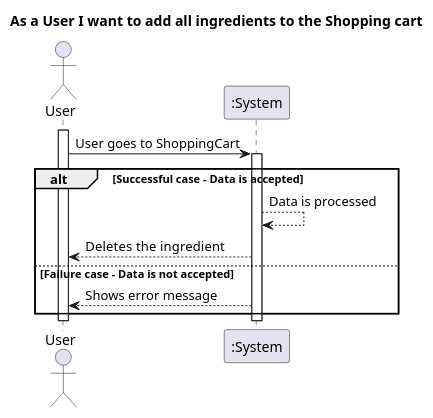
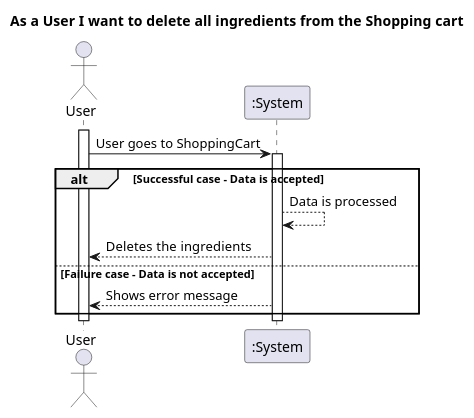
Before and after one commit to IsepMartimOliveira/DSSMV_ProjectDroid_1181754: the diagram in Documents/US/US08/SSD.puml, drawn with PlantUML. The commit also changed 3 other files, not shown here.

```diff
--- a/Documents/US/US08/SSD.puml
+++ b/Documents/US/US08/SSD.puml
@@ -1,18 +1,18 @@
 @startuml
 actor User as MD
-title As a User I want to add all ingredients to the Shopping cart
+title As a User I want to delete all ingredients from  the Shopping cart
 activate MD
 
 MD -> ":System" : User goes to ShoppingCart
 activate ":System"
 
 alt Successful case - Data is accepted
     ":System" --> ":System" : Data is processed
-    ":System" --> MD : Deletes the  ingredient
+    ":System" --> MD : Deletes the  ingredients
 else Failure case - Data is not accepted
     ":System" --> MD : Shows error message
 end
 
 deactivate ":System"
 deactivate MD
 @enduml
```
